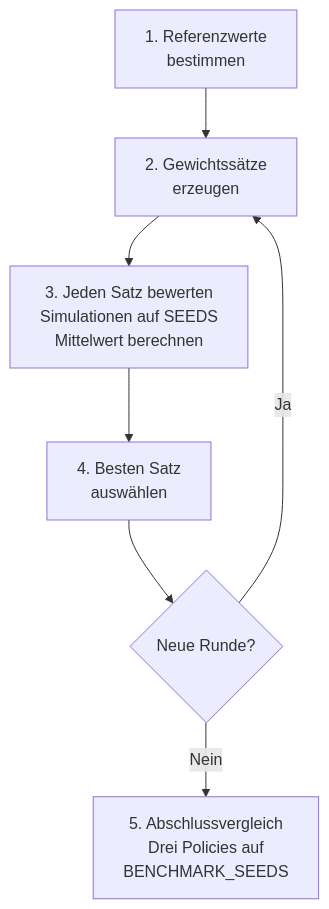
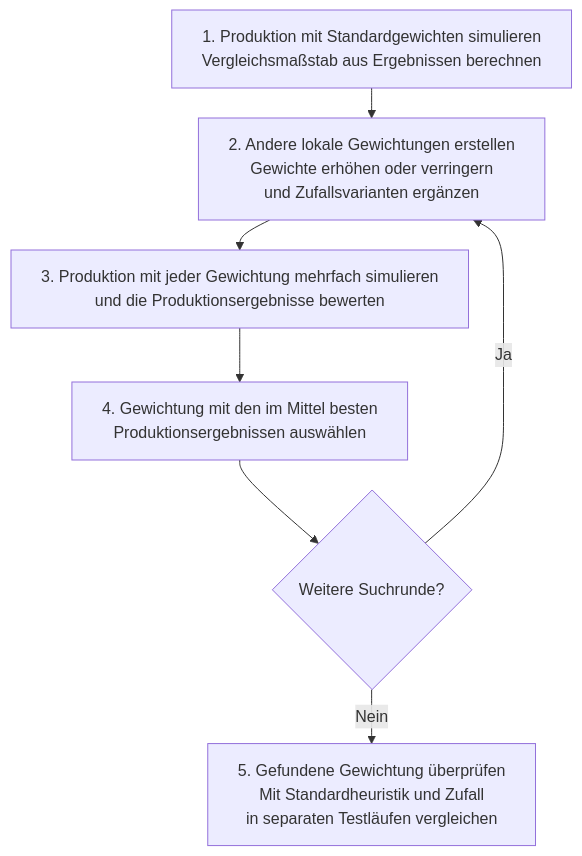
One commit to ghackenberg/SpineML changed diagram 13 of 14 in README.md. Above: the diagram before and after it, drawn with Mermaid. The commit also changed other lines of this file, not shown here.

Commit message:
Explain optimization with concrete production steps and readable diagram labels

````diff
--- a/README.md
+++ b/README.md
@@ -2033,10 +2034,16 @@
 ```mermaid
+---
+config:
+  flowchart:
+    wrappingWidth: 400
+    rankSpacing: 30
+---
 flowchart TD
-    A["1. Referenzwerte<br/>bestimmen"]
-    A --> B["2. Gewichtssätze<br/>erzeugen"]
-    B --> C["3. Jeden Satz bewerten<br/>Simulationen auf SEEDS<br/>Mittelwert berechnen"]
-    C --> D["4. Besten Satz<br/>auswählen"]
-    D --> E{"Neue Runde?"}
+    A["1. Produktion mit Standardgewichten simulieren<br/>Vergleichsmaßstab aus Ergebnissen berechnen"]
+    A --> B["2. Andere lokale Gewichtungen erstellen<br/>Gewichte erhöhen oder verringern<br/>und Zufallsvarianten ergänzen"]
+    B --> C["3. Produktion mit jeder Gewichtung mehrfach simulieren<br/>und die Produktionsergebnisse bewerten"]
+    C --> D["4. Gewichtung mit den im Mittel besten<br/>Produktionsergebnissen auswählen"]
+    D --> E{"Weitere Suchrunde?"}
     E -- Ja --> B
-    E -- Nein --> F["5. Abschlussvergleich<br/>Drei Policies auf<br/>BENCHMARK_SEEDS"]
+    E -- Nein --> F["5. Gefundene Gewichtung überprüfen<br/>Mit Standardheuristik und Zufall<br/>in separaten Testläufen vergleichen"]
 ```
````
